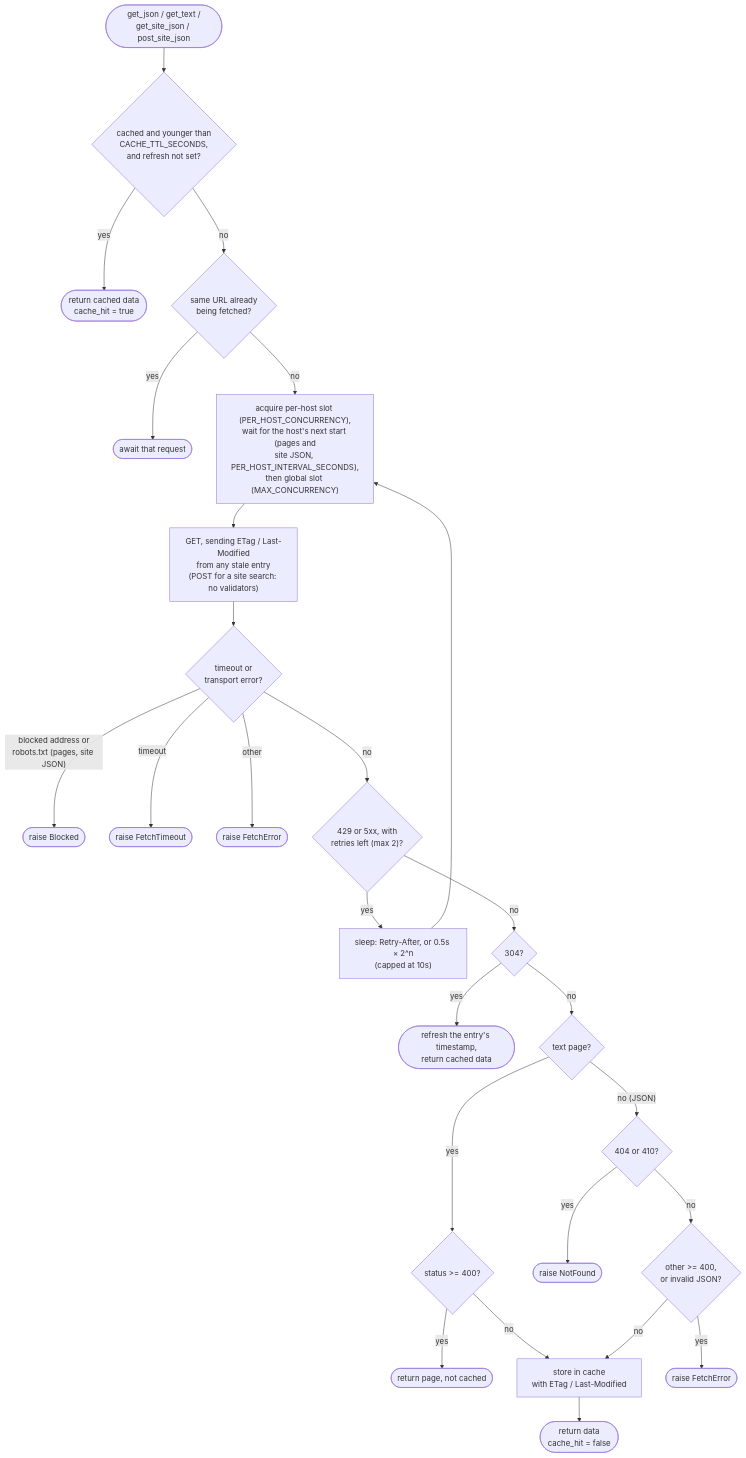
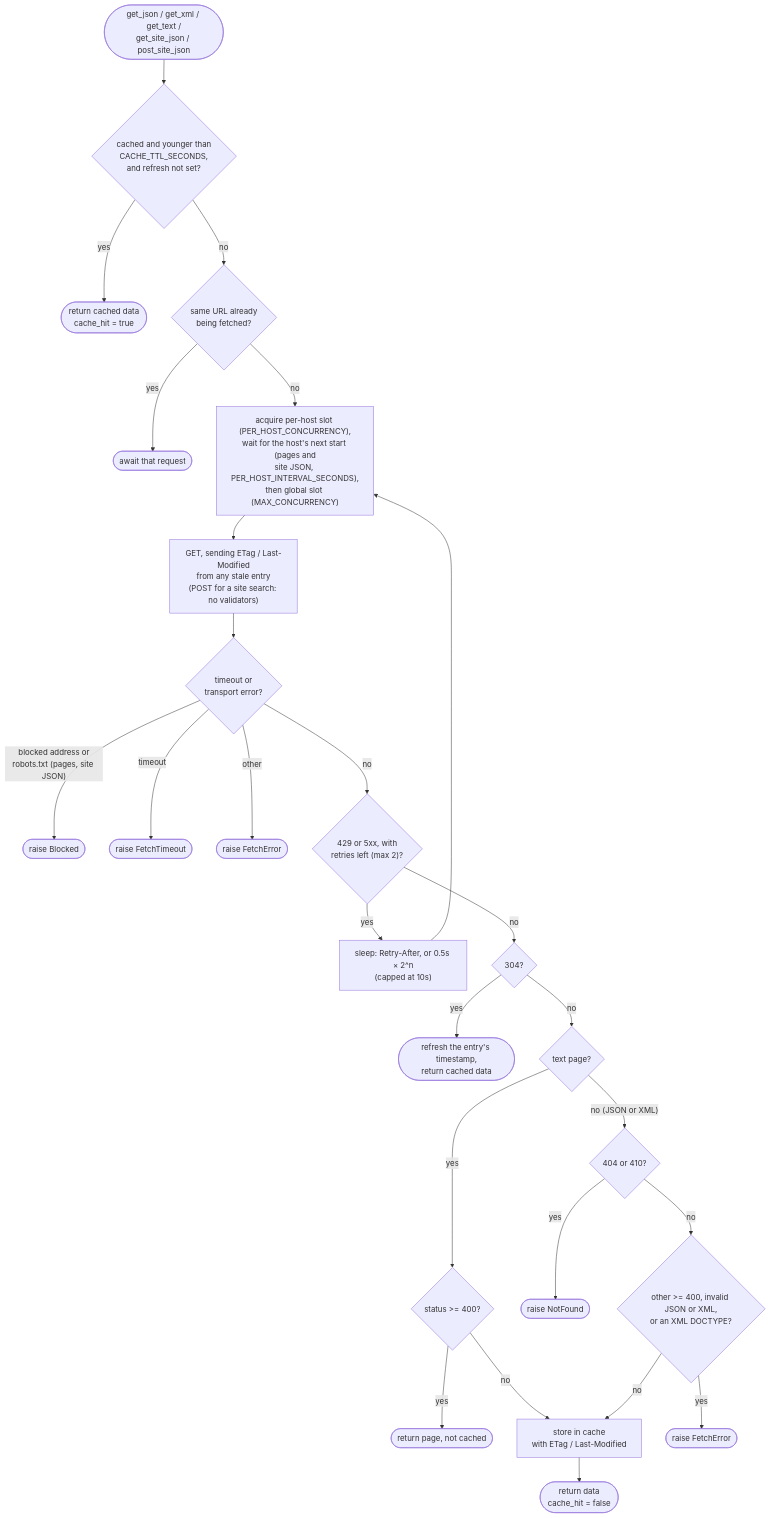
One commit to HakujouRyu/jobboard-mcp changed the fourth of 7 diagrams in docs/architecture.md. Above: the diagram before and after it, drawn with Mermaid. The commit also changed other lines of this file and 31 other files, not shown here.

````diff
--- a/docs/architecture.md
+++ b/docs/architecture.md
@@ -193,27 +195,27 @@
 ```mermaid
 flowchart TD
-    start(["get_json / get_text /<br/>get_site_json / post_site_json"]) --> fresh{"cached and younger than<br/>CACHE_TTL_SECONDS,<br/>and refresh not set?"}
+    start(["get_json / get_xml / get_text /<br/>get_site_json / post_site_json"]) --> fresh{"cached and younger than<br/>CACHE_TTL_SECONDS,<br/>and refresh not set?"}
     fresh -- yes --> hit(["return cached data<br/>cache_hit = true"])
     fresh -- no --> inflight{"same URL already<br/>being fetched?"}
     inflight -- yes --> join(["await that request"])
     inflight -- no --> slots["acquire per-host slot (PER_HOST_CONCURRENCY),<br/>wait for the host's next start (pages and<br/>site JSON, PER_HOST_INTERVAL_SECONDS),<br/>then global slot (MAX_CONCURRENCY)"]
     slots --> send["GET, sending ETag / Last-Modified<br/>from any stale entry<br/>(POST for a site search: no validators)"]
     send --> exc{"timeout or<br/>transport error?"}
     exc -- "blocked address or<br/>robots.txt (pages, site JSON)" --> fb(["raise Blocked"])
     exc -- timeout --> ft(["raise FetchTimeout"])
     exc -- other --> fe(["raise FetchError"])
     exc -- no --> retry{"429 or 5xx, with<br/>retries left (max 2)?"}
     retry -- yes --> wait["sleep: Retry-After, or 0.5s × 2^n<br/>(capped at 10s)"] --> slots
     retry -- no --> s304{"304?"}
     s304 -- yes --> renew(["refresh the entry's timestamp,<br/>return cached data"])
     s304 -- no --> kind{"text page?"}
     kind -- yes --> page{"status >= 400?"}
     page -- yes --> nocache(["return page, not cached"])
     page -- no --> store
-    kind -- "no (JSON)" --> j404{"404 or 410?"}
+    kind -- "no (JSON or XML)" --> j404{"404 or 410?"}
     j404 -- yes --> nf(["raise NotFound"])
-    j404 -- no --> j4xx{"other >= 400,<br/>or invalid JSON?"}
+    j404 -- no --> j4xx{"other >= 400, invalid JSON or XML,<br/>or an XML DOCTYPE?"}
     j4xx -- yes --> fe2(["raise FetchError"])
     j4xx -- no --> store["store in cache<br/>with ETag / Last-Modified"]
     store --> done(["return data<br/>cache_hit = false"])
 ```
````
